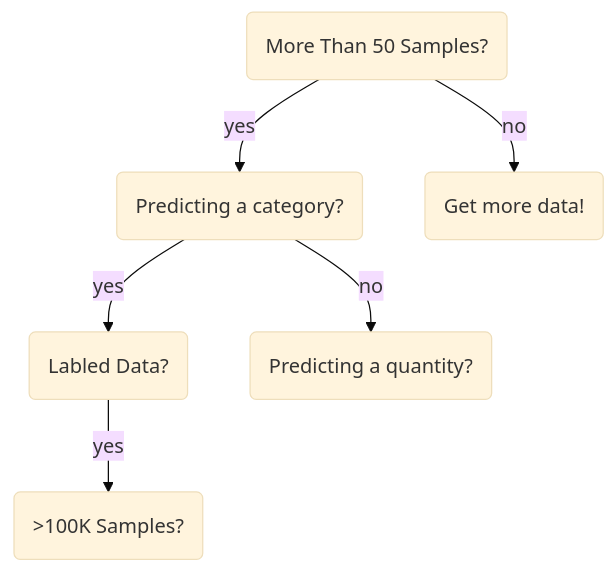
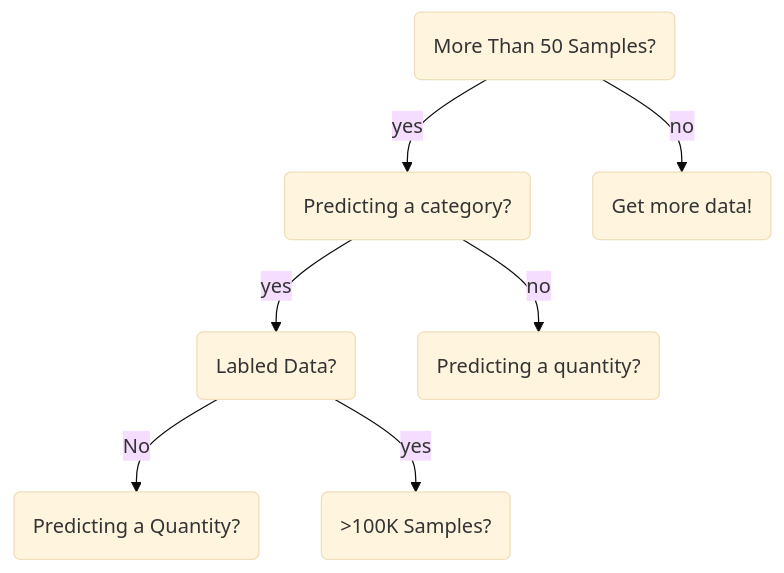
The diagram in ML_Cheatsheet.md (hwetsman/Public_Notes), drawn with Mermaid (base theme) before and after one commit.

````diff
--- a/ML_Cheatsheet.md
+++ b/ML_Cheatsheet.md
@@ -1,14 +1,17 @@
 ```mermaid
 flowchart TD
 id1(More Than 50 Samples?)
   id2(Predicting a category?)
     id1-->|yes|id2
+    id4(Labled Data?)
+      id2-->|yes|id4
+    id7(Predicting a Quantity?)
+      id4-->|No|id7
   id3(Get more data!)
     id1-->|no|id3
-  id4(Labled Data?)
-  id2-->|yes|id4
+  
   id5(Predicting a quantity?)
   id2-->|no|id5
   id6(>100K Samples?)
   id4-->|yes|id6
 ```
````
